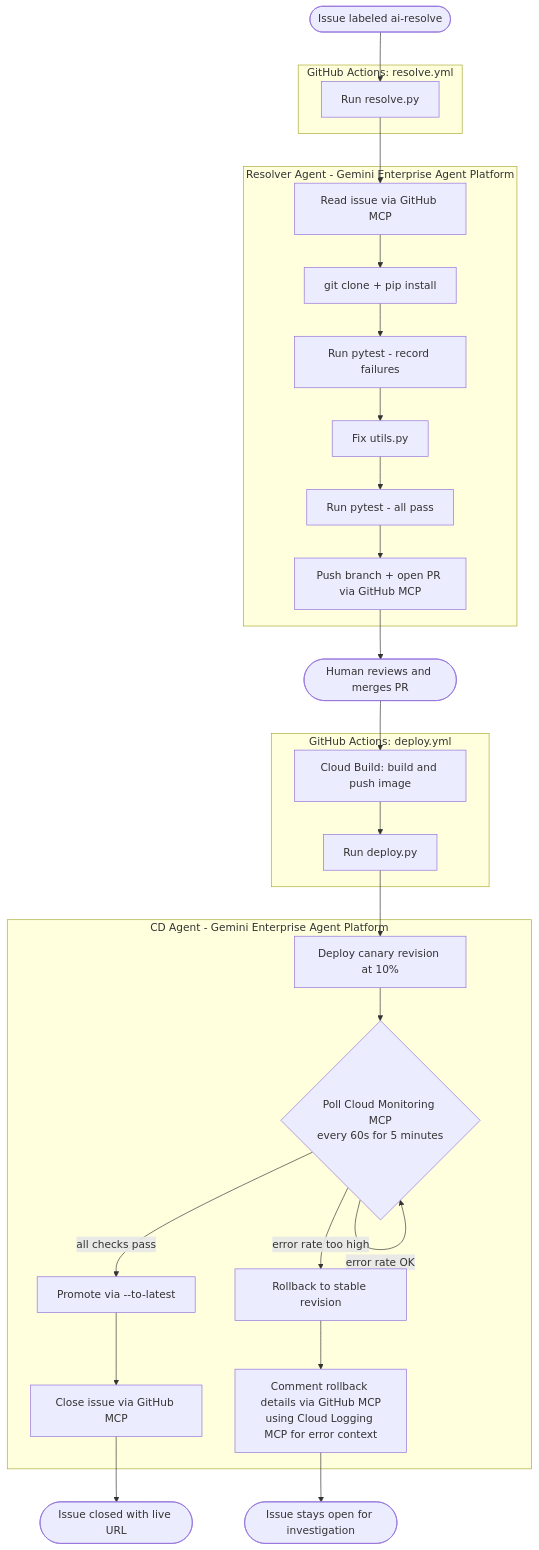
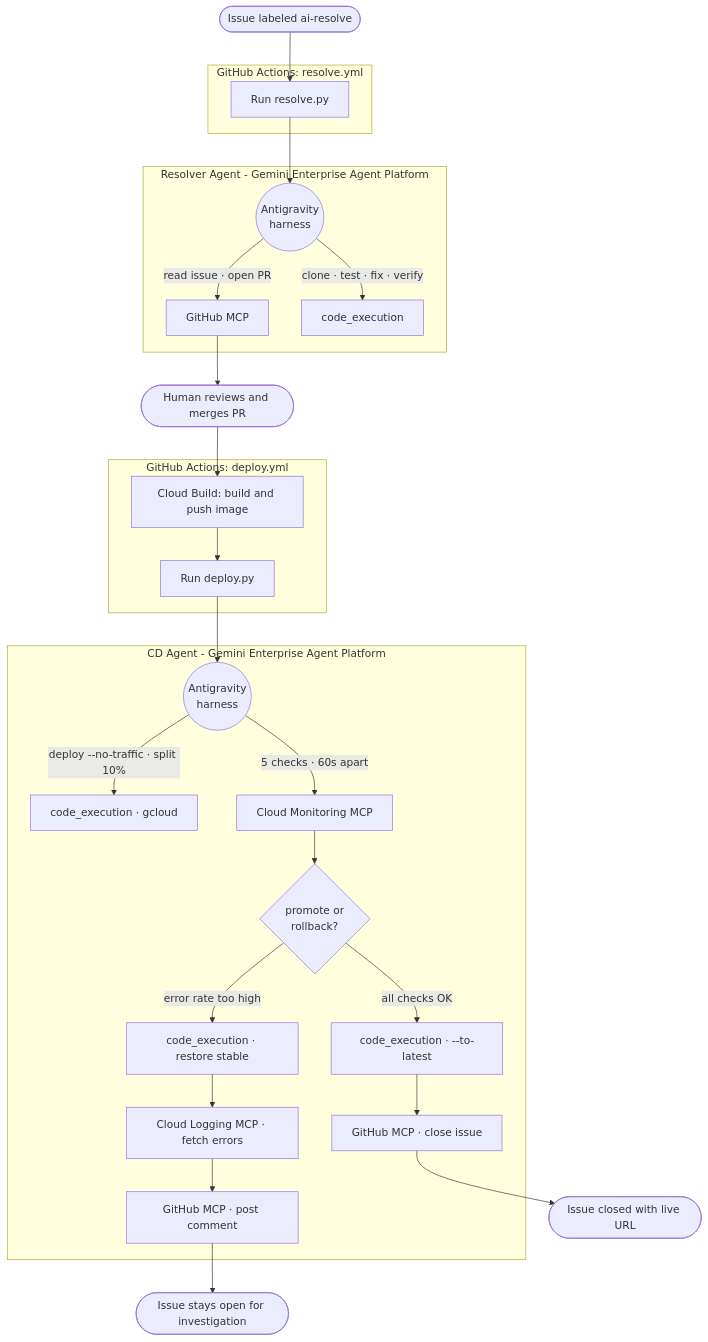
Before and after one commit to Saoussen-CH/github-issue-resolver: the diagram in codelab/index.lab.md, drawn with Mermaid. The commit also changed 2 other files, not shown here.

Commit message:
Restructure agent diagrams: Antigravity harness as hub, tools as spokes
Replace sequential step pipelines inside agent subgraphs with a hub-and-spoke
layout: Antigravity harness at the center, tool calls (GitHub MCP,
code_execution, Cloud Monitoring MCP, Cloud Logging MCP) radiating from it.
Makes clear the harness drives autonomous decisions, not scripted sequential
steps.

````diff
--- a/codelab/index.lab.md
+++ b/codelab/index.lab.md
@@ -41,38 +41,39 @@
 ```mermaid
 flowchart TD
     A([Issue labeled ai-resolve]) --> B
 
     subgraph GHA1["GitHub Actions: resolve.yml"]
         B[Run resolve.py]
     end
 
     subgraph RA["Resolver Agent - Gemini Enterprise Agent Platform"]
-        B --> C[Read issue via GitHub MCP]
-        C --> D["git clone + pip install"]
-        D --> E[Run pytest - record failures]
-        E --> F[Fix utils.py]
-        F --> G[Run pytest - all pass]
-        G --> H[Push branch + open PR via GitHub MCP]
+        RA_H((Antigravity\nharness))
+        RA_H -->|read issue · open PR| RA_GH[GitHub MCP]
+        RA_H -->|clone · test · fix · verify| RA_EXEC[code_execution]
     end
 
-    H --> I([Human reviews and merges PR])
+    B --> RA_H
+    RA_GH --> I([Human reviews and merges PR])
     I --> J
 
     subgraph GHA2["GitHub Actions: deploy.yml"]
         J[Cloud Build: build and push image]
         J --> K[Run deploy.py]
     end
 
     subgraph CDA["CD Agent - Gemini Enterprise Agent Platform"]
-        K --> L[Deploy canary revision at 10%]
-        L --> M{Poll Cloud Monitoring MCP\nevery 60s for 5 minutes}
-        M -->|error rate OK| M
-        M -->|all checks pass| N[Promote via --to-latest]
-        M -->|error rate too high| O[Rollback to stable revision]
-        N --> P[Close issue via GitHub MCP]
-        O --> Q[Comment rollback details via GitHub MCP\nusing Cloud Logging MCP for error context]
+        CD_H((Antigravity\nharness))
+        CD_H -->|deploy --no-traffic · split 10%| CD_EXEC[code_execution · gcloud]
+        CD_H -->|5 checks · 60s apart| CD_MON[Cloud Monitoring MCP]
+        CD_MON --> CD_V{promote or\nrollback?}
+        CD_V -->|all checks OK| CD_P[code_execution · --to-latest]
+        CD_V -->|error rate too high| CD_R[code_execution · restore stable]
+        CD_P --> CD_GH[GitHub MCP · close issue]
+        CD_R --> CD_LOG[Cloud Logging MCP · fetch errors]
+        CD_LOG --> CD_GH2[GitHub MCP · post comment]
     end
 
-    P --> R([Issue closed with live URL])
-    Q --> S([Issue stays open for investigation])
+    K --> CD_H
+    CD_GH --> R([Issue closed with live URL])
+    CD_GH2 --> S([Issue stays open for investigation])
 ```
````
